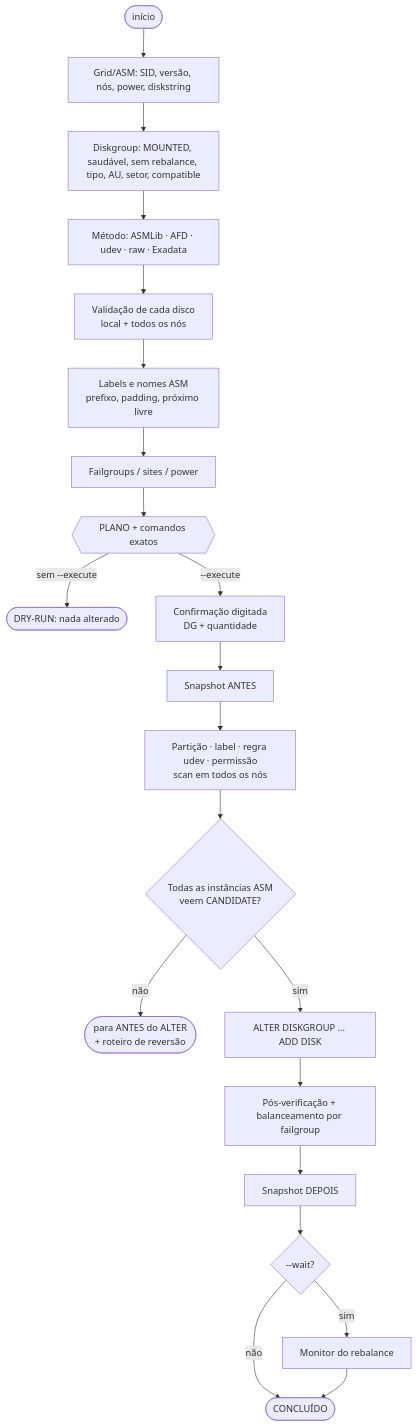
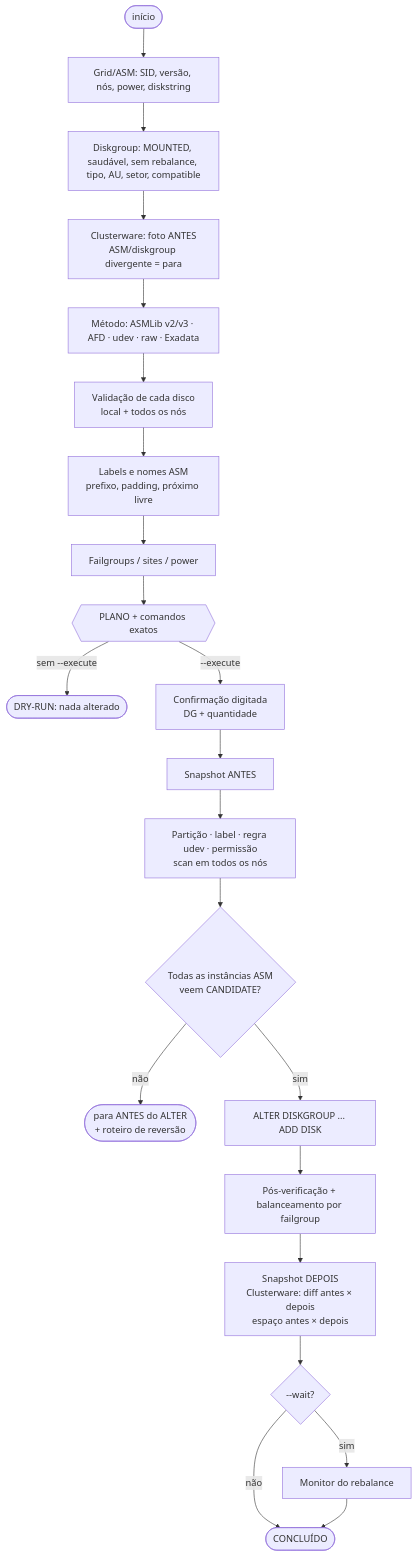
Before and after one commit to acaciolr/asm-add-disk-brabo: the diagram in README.md, drawn with Mermaid. The commit also changed other lines of this file and 54 other files, not shown here.

````diff
--- a/README.md
+++ b/README.md
@@ -78,23 +88,24 @@
 ```mermaid
 flowchart TD
     A([início]) --> B[Grid/ASM: SID, versão, nós, power, diskstring]
     B --> C[Diskgroup: MOUNTED, saudável, sem rebalance, tipo, AU, setor, compatible]
-    C --> D[Método: ASMLib · AFD · udev · raw · Exadata]
+    C --> C2[Clusterware: foto ANTES<br/>ASM/diskgroup divergente = para]
+    C2 --> D[Método: ASMLib v2/v3 · AFD · udev · raw · Exadata]
     D --> E[Validação de cada disco<br/>local + todos os nós]
     E --> F[Labels e nomes ASM<br/>prefixo, padding, próximo livre]
     F --> G[Failgroups / sites / power]
     G --> H{{PLANO + comandos exatos}}
     H -->|sem --execute| Z([DRY-RUN: nada alterado])
     H -->|--execute| I[Confirmação digitada<br/>DG + quantidade]
     I --> J[Snapshot ANTES]
     J --> K[Partição · label · regra udev · permissão<br/>scan em todos os nós]
     K --> L{Todas as instâncias ASM<br/>veem CANDIDATE?}
     L -->|não| R([para ANTES do ALTER<br/>+ roteiro de reversão])
     L -->|sim| M[ALTER DISKGROUP ... ADD DISK]
     M --> N[Pós-verificação + balanceamento por failgroup]
-    N --> O[Snapshot DEPOIS]
+    N --> O[Snapshot DEPOIS<br/>Clusterware: diff antes × depois<br/>espaço antes × depois]
     O --> P{--wait?}
     P -->|sim| Q[Monitor do rebalance]
     P -->|não| S([CONCLUÍDO])
     Q --> S
 ```
````
